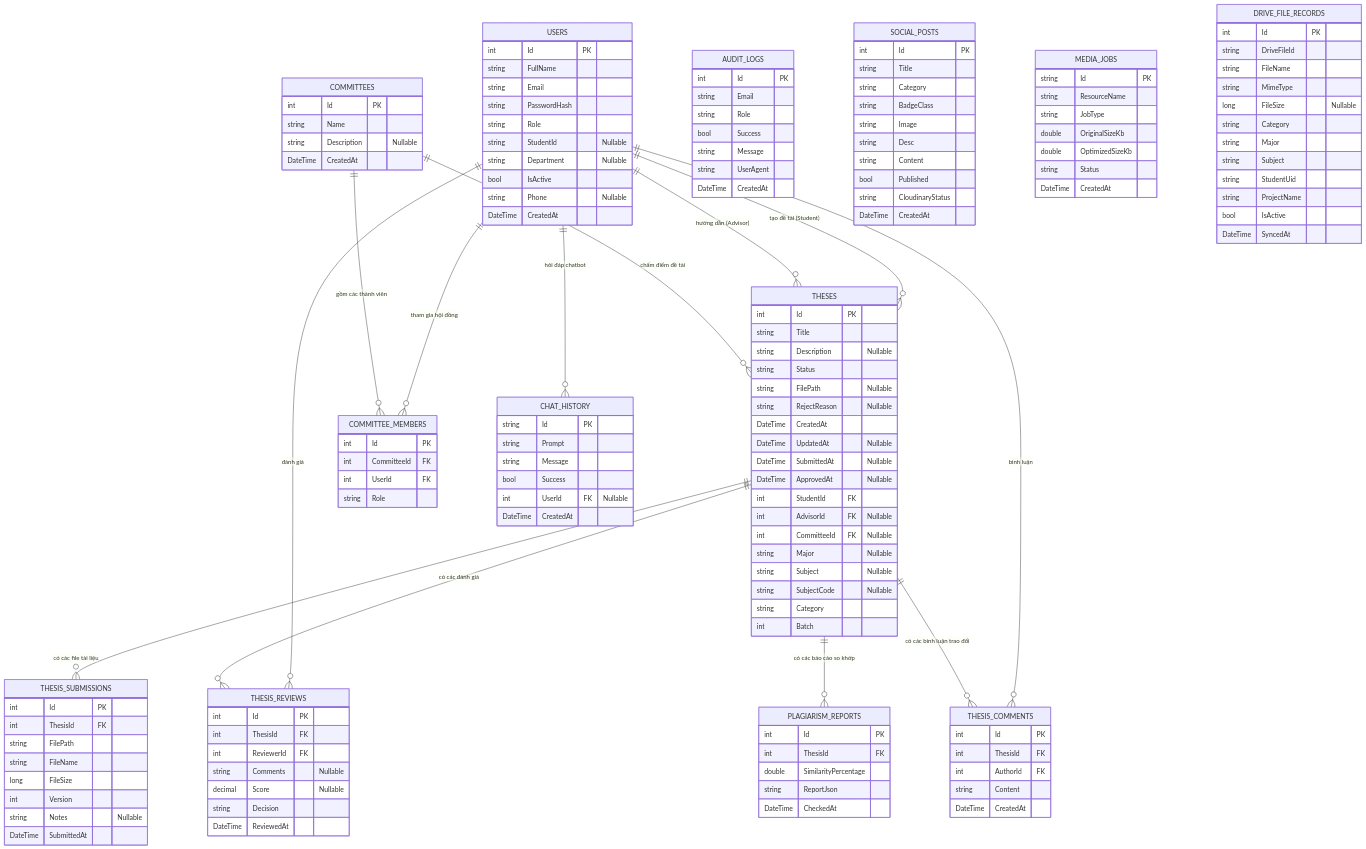
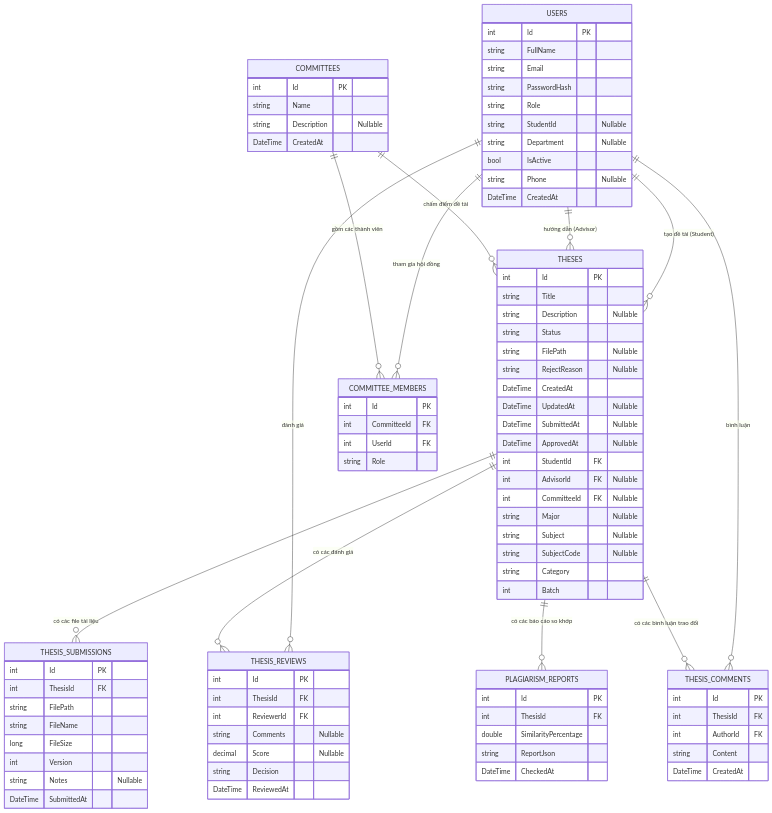
One commit to phucnguyen2716/Thesis-Management changed the first of 4 diagrams in README.md. Above: the diagram before and after it, drawn with Mermaid.

Commit message:
docs: split ERD diagram into Core Academic and Supplementary & System Tables

```diff
--- a/README.md
+++ b/README.md
@@ -497,44 +497,6 @@
         int UserId FK
         string Role
     }
-    CHAT_HISTORY {
-        string Id PK
-        string Prompt
-        string Message
-        bool Success
-        int UserId FK "Nullable"
-        DateTime CreatedAt
-    }
-    AUDIT_LOGS {
-        int Id PK
-        string Email
-        string Role
-        bool Success
-        string Message
-        string UserAgent
-        DateTime CreatedAt
-    }
-    SOCIAL_POSTS {
-        int Id PK
-        string Title
-        string Category
-        string BadgeClass
-        string Image
-        string Desc
-        string Content
-        bool Published
-        string CloudinaryStatus
-        DateTime CreatedAt
-    }
-    MEDIA_JOBS {
-        string Id PK
-        string ResourceName
-        string JobType
-        double OriginalSizeKb
-        double OptimizedSizeKb
-        string Status
-        DateTime CreatedAt
-    }
     PLAGIARISM_REPORTS {
         int Id PK
         int ThesisId FK
@@ -542,27 +504,12 @@
         string ReportJson
         DateTime CheckedAt
     }
-    DRIVE_FILE_RECORDS {
-        int Id PK
-        string DriveFileId
-        string FileName
-        string MimeType
-        long FileSize "Nullable"
-        string Category
-        string Major
-        string Subject
-        string StudentUid
-        string ProjectName
-        bool IsActive
-        DateTime SyncedAt
-    }
 
     USERS ||--o{ THESES : "tạo đề tài (Student)"
     USERS ||--o{ THESES : "hướng dẫn (Advisor)"
     USERS ||--o{ COMMITTEE_MEMBERS : "tham gia hội đồng"
     USERS ||--o{ THESIS_REVIEWS : "đánh giá"
     USERS ||--o{ THESIS_COMMENTS : "bình luận"
-    USERS ||--o{ CHAT_HISTORY : "hỏi đáp chatbot"
     
     COMMITTEES ||--o{ COMMITTEE_MEMBERS : "gồm các thành viên"
     COMMITTEES ||--o{ THESES : "chấm điểm đề tài"
```
